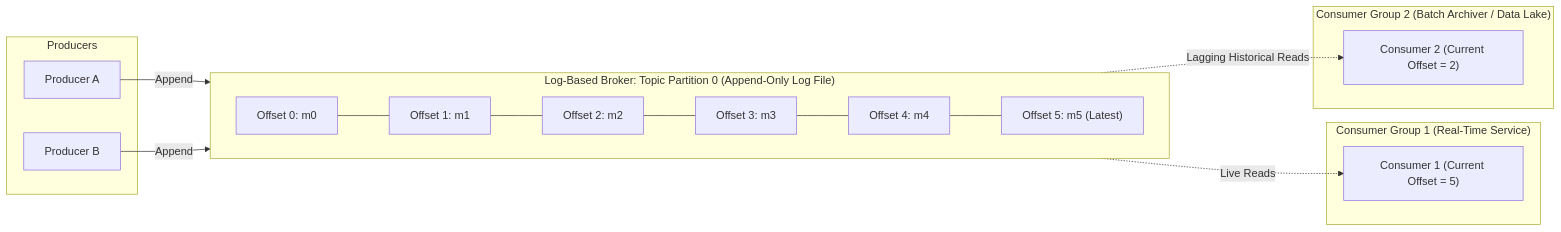
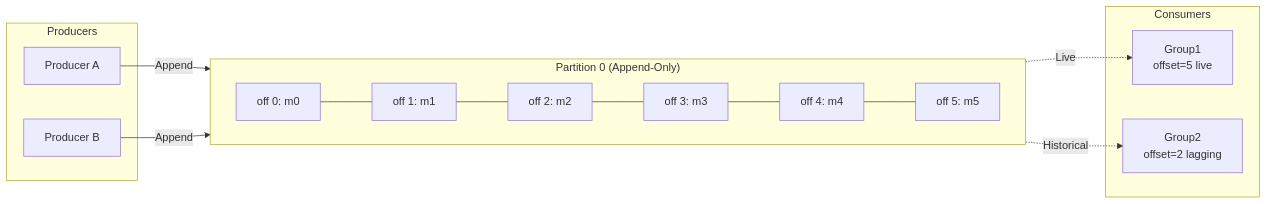
Before and after one commit to 1mimhe/books-summery: the third of 8 diagrams in 01 Designing Data-Intensive Applications/chapter-12-stream-processing.md, drawn with Mermaid. The commit also changed other lines of this file and 3 other files, not shown here.

````diff
--- a/01 Designing Data-Intensive Applications/chapter-12-stream-processing.md
+++ b/01 Designing Data-Intensive Applications/chapter-12-stream-processing.md
@@ -179,32 +200,25 @@
 ```mermaid
 flowchart LR
   subgraph PROD["Producers"]
     P1["Producer A"]
     P2["Producer B"]
   end
-
-  subgraph BROKER["Log-Based Broker: Topic Partition 0 (Append-Only Log File)"]
+  subgraph PART["Partition 0 (Append-Only)"]
     direction LR
-    M0["Offset 0: m0"]
-    M1["Offset 1: m1"]
-    M2["Offset 2: m2"]
-    M3["Offset 3: m3"]
-    M4["Offset 4: m4"]
-    M5["Offset 5: m5 (Latest)"]
+    M0["off 0: m0"]
+    M1["off 1: m1"]
+    M2["off 2: m2"]
+    M3["off 3: m3"]
+    M4["off 4: m4"]
+    M5["off 5: m5"]
     M0 --- M1 --- M2 --- M3 --- M4 --- M5
   end
-
-  subgraph CG1["Consumer Group 1 (Real-Time Service)"]
-    C1["Consumer 1 (Current Offset = 5)"]
+  subgraph CGS["Consumers"]
+    C1["Group1<br/>offset=5 live"]
+    C2["Group2<br/>offset=2 lagging"]
   end
-
-  subgraph CG2["Consumer Group 2 (Batch Archiver / Data Lake)"]
-    C2["Consumer 2 (Current Offset = 2)"]
-  end
-
   P1 -->|"Append"| M5
   P2 -->|"Append"| M5
-
-  M5 -.->|"Live Reads"| C1
-  M2 -.->|"Lagging Historical Reads"| C2
+  M5 -.->|"Live"| C1
+  M2 -.->|"Historical"| C2
 ```
````
